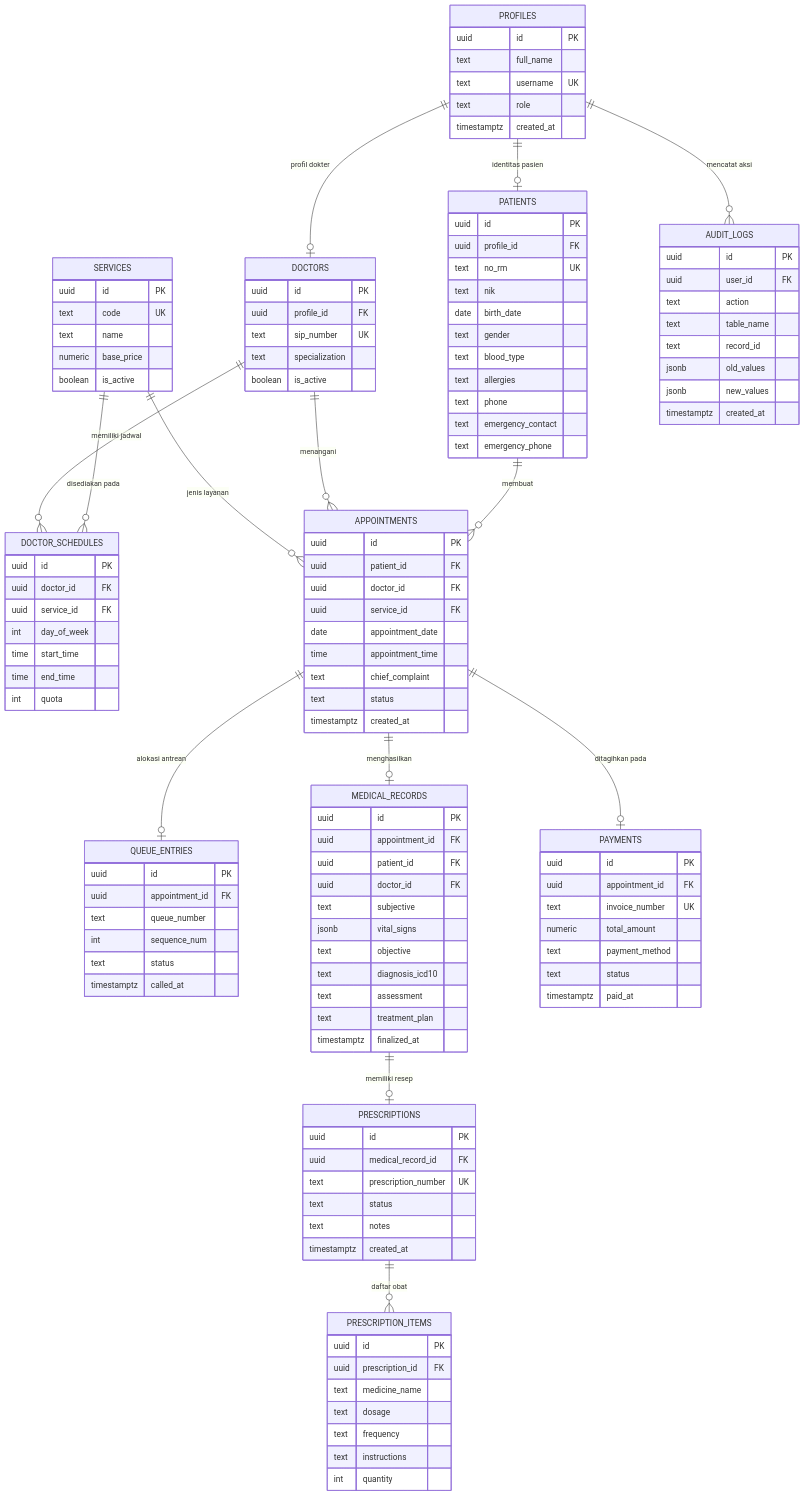
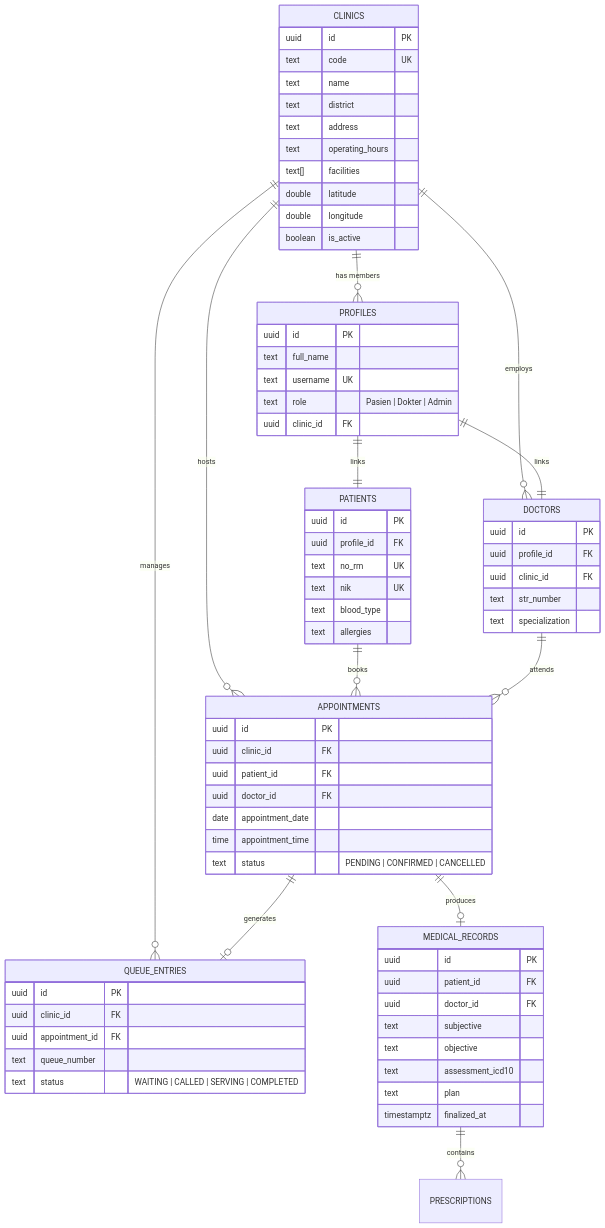
The diagram in docs/PRD.md (Minooll/SIMKLINIK), drawn with Mermaid before and after one commit. The commit also changed other lines of this file and 14 other files, not shown here.

Commit message:
refactor: clean unused code, streamline to 2-role Purworejo multi-clinic architecture, and publish PRD 2.0

````diff
--- a/docs/PRD.md
+++ b/docs/PRD.md
@@ -376,128 +144,81 @@
 ```mermaid
 erDiagram
-    PROFILES ||--o| PATIENTS : "identitas pasien"
-    PROFILES ||--o| DOCTORS : "profil dokter"
-    SERVICES ||--o{ DOCTOR_SCHEDULES : "disediakan pada"
-    DOCTORS ||--o{ DOCTOR_SCHEDULES : "memiliki jadwal"
-    PATIENTS ||--o{ APPOINTMENTS : "membuat"
-    DOCTORS ||--o{ APPOINTMENTS : "menangani"
-    SERVICES ||--o{ APPOINTMENTS : "jenis layanan"
-    APPOINTMENTS ||--o| QUEUE_ENTRIES : "alokasi antrean"
-    APPOINTMENTS ||--o| MEDICAL_RECORDS : "menghasilkan"
-    MEDICAL_RECORDS ||--o| PRESCRIPTIONS : "memiliki resep"
-    PRESCRIPTIONS ||--o{ PRESCRIPTION_ITEMS : "daftar obat"
-    APPOINTMENTS ||--o| PAYMENTS : "ditagihkan pada"
-    PROFILES ||--o{ AUDIT_LOGS : "mencatat aksi"
+    CLINICS ||--o{ PROFILES : "has members"
+    CLINICS ||--o{ DOCTORS : "employs"
+    CLINICS ||--o{ APPOINTMENTS : "hosts"
+    CLINICS ||--o{ QUEUE_ENTRIES : "manages"
+    PROFILES ||--|| PATIENTS : "links"
+    PROFILES ||--|| DOCTORS : "links"
+    PATIENTS ||--o{ APPOINTMENTS : "books"
+    DOCTORS ||--o{ APPOINTMENTS : "attends"
+    APPOINTMENTS ||--o| QUEUE_ENTRIES : "generates"
+    APPOINTMENTS ||--o| MEDICAL_RECORDS : "produces"
+    MEDICAL_RECORDS ||--o{ PRESCRIPTIONS : "contains"
+
+    CLINICS {
+        uuid id PK
+        text code UK
+        text name
+        text district
+        text address
+        text operating_hours
+        text[] facilities
+        double latitude
+        double longitude
+        boolean is_active
+    }
 
     PROFILES {
         uuid id PK
         text full_name
         text username UK
-        text role
-        timestamptz created_at
+        text role "Pasien | Dokter | Admin"
+        uuid clinic_id FK
     }
+
     PATIENTS {
         uuid id PK
         uuid profile_id FK
         text no_rm UK
-        text nik
-        date birth_date
-        text gender
+        text nik UK
         text blood_type
         text allergies
-        text phone
-        text emergency_contact
-        text emergency_phone
     }
+
     DOCTORS {
         uuid id PK
         uuid profile_id FK
-        text sip_number UK
+        uuid clinic_id FK
+        text str_number
         text specialization
-        boolean is_active
     }
-    SERVICES {
+
+    APPOINTMENTS {
         uuid id PK
-        text code UK
-        text name
-        numeric base_price
-        boolean is_active
+        uuid clinic_id FK
+        uuid patient_id FK
+        uuid doctor_id FK
+        date appointment_date
+        time appointment_time
+        text status "PENDING | CONFIRMED | CANCELLED"
     }
-    DOCTOR_SCHEDULES {
+
+    QUEUE_ENTRIES {
         uuid id PK
-        uuid doctor_id FK
-        uuid service_id FK
-        int day_of_week
-        time start_time
-        time end_time
-        int quota
+        uuid clinic_id FK
+        uuid appointment_id FK
+        text queue_number
+        text status "WAITING | CALLED | SERVING | COMPLETED"
     }
-    APPOINTMENTS {
+
+    MEDICAL_RECORDS {
         uuid id PK
         uuid patient_id FK
         uuid doctor_id FK
-        uuid service_id FK
-        date appointment_date
-        time appointment_time
-        text chief_complaint
-        text status
-        timestamptz created_at
-    }
-    QUEUE_ENTRIES {
-        uuid id PK
-        uuid appointment_id FK
-        text queue_number
-        int sequence_num
-        text status
-        timestamptz called_at
-    }
-    MEDICAL_RECORDS {
-        uuid id PK
-        uuid appointment_id FK
-        uuid patient_id FK
-        uuid doctor_id FK
         text subjective
-        jsonb vital_signs
         text objective
-        text diagnosis_icd10
-        text assessment
-        text treatment_plan
+        text assessment_icd10
+        text plan
         timestamptz finalized_at
     }
-    PRESCRIPTIONS {
-        uuid id PK
-        uuid medical_record_id FK
-        text prescription_number UK
-        text status
-        text notes
-        timestamptz created_at
-    }
-    PRESCRIPTION_ITEMS {
-        uuid id PK
-        uuid prescription_id FK
-        text medicine_name
-        text dosage
-        text frequency
-        text instructions
-        int quantity
-    }
-    PAYMENTS {
-        uuid id PK
-        uuid appointment_id FK
-        text invoice_number UK
-        numeric total_amount
-        text payment_method
-        text status
-        timestamptz paid_at
-    }
-    AUDIT_LOGS {
-        uuid id PK
-        uuid user_id FK
-        text action
-        text table_name
-        text record_id
-        jsonb old_values
-        jsonb new_values
-        timestamptz created_at
-    }
 ```
````
